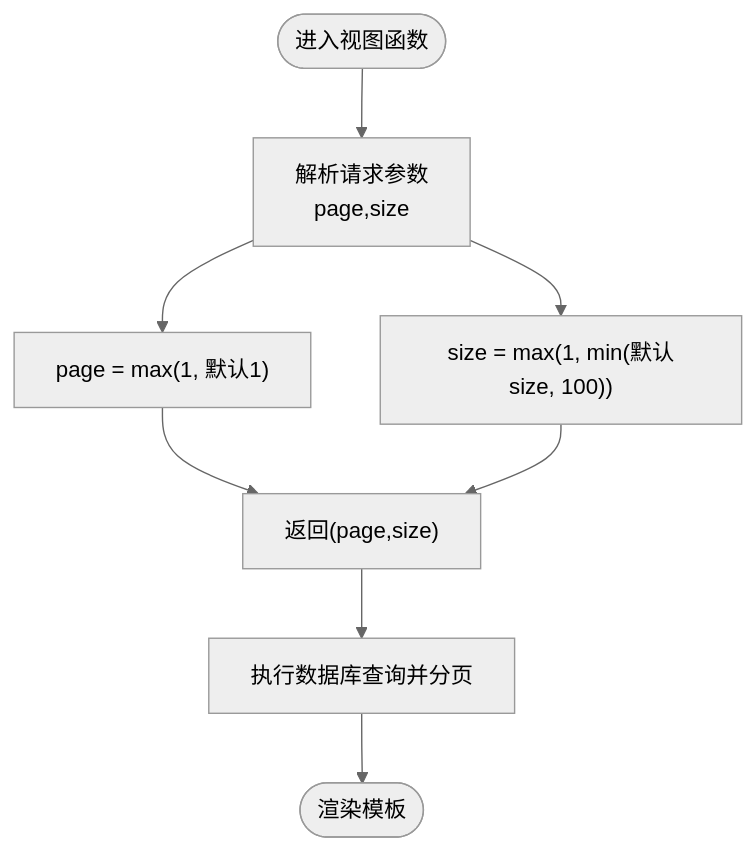
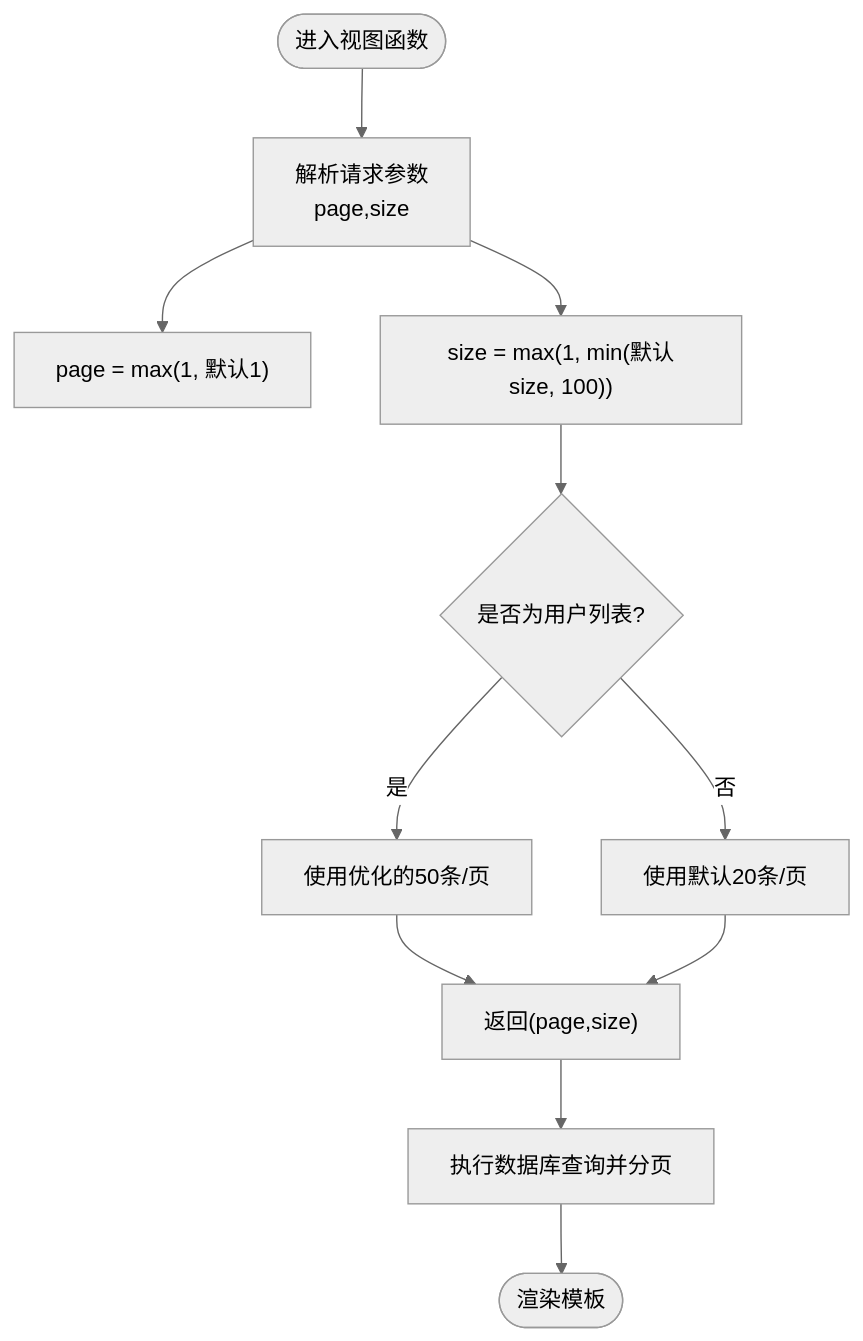
One commit to beyondalbert/my_wiki changed the third of 5 diagrams in .qoder/repowiki/zh/content/配置管理/分页与验证码配置.md. Above: the diagram before and after it, drawn with Mermaid (neutral theme). The commit also changed other lines of this file and 5 other files, not shown here.

````diff
--- a/.qoder/repowiki/zh/content/配置管理/分页与验证码配置.md
+++ b/.qoder/repowiki/zh/content/配置管理/分页与验证码配置.md
@@ -117,10 +125,13 @@
 ```mermaid
 flowchart TD
 Start(["进入视图函数"]) --> Parse["解析请求参数<br/>page,size"]
 Parse --> PageCalc["page = max(1, 默认1)"]
 Parse --> SizeCalc["size = max(1, min(默认size, 100))"]
-PageCalc --> ReturnArgs["返回(page,size)"]
-SizeCalc --> ReturnArgs
+SizeCalc --> Special{"是否为用户列表?"}
+Special --> |是| UserSize["使用优化的50条/页"]
+Special --> |否| DefaultSize["使用默认20条/页"]
+UserSize --> ReturnArgs["返回(page,size)"]
+DefaultSize --> ReturnArgs
 ReturnArgs --> Query["执行数据库查询并分页"]
 Query --> End(["渲染模板"])
 ```
````
